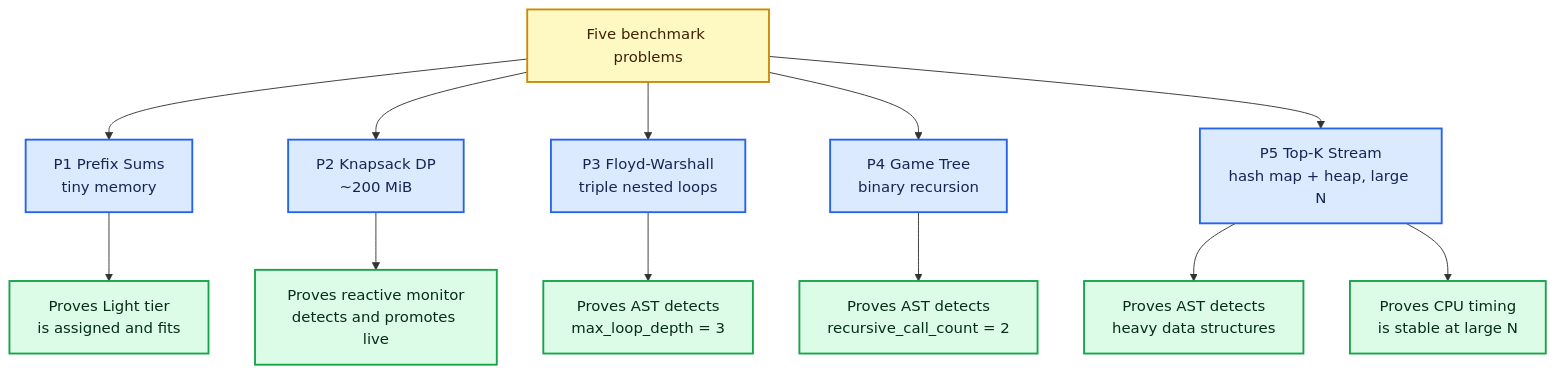
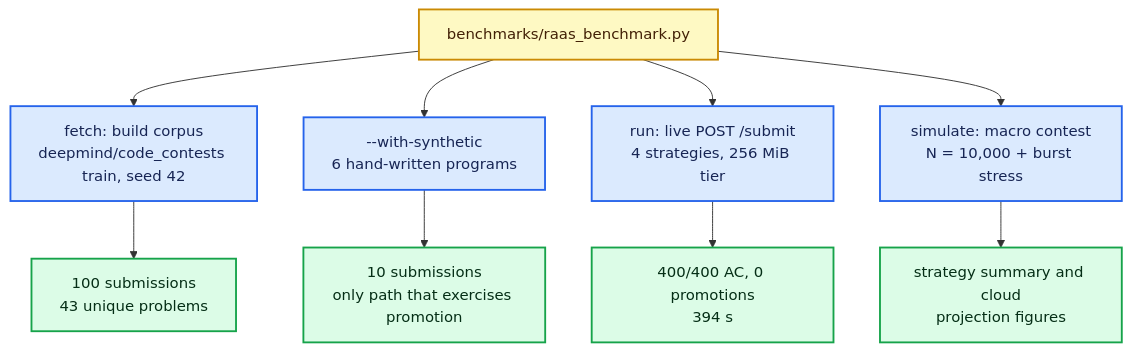
The diagram in docs/BENCHMARK_SUITE.md (Dhanush-M-1/RAAS-OCJS-1), drawn with Mermaid before and after one commit. The commit also changed other lines of this file and 11 other files, not shown here.

````diff
--- a/docs/BENCHMARK_SUITE.md
+++ b/docs/BENCHMARK_SUITE.md
@@ -9,21 +17,18 @@
 ```mermaid
 flowchart TD
-    S["Five benchmark problems"]:::start
+    S["benchmarks/raas_benchmark.py"]:::start
 
-    S --> P1["P1 Prefix Sums<br/>tiny memory"]:::benchmark
-    S --> P2["P2 Knapsack DP<br/>~200 MiB"]:::benchmark
-    S --> P3["P3 Floyd-Warshall<br/>triple nested loops"]:::benchmark
-    S --> P4["P4 Game Tree<br/>binary recursion"]:::benchmark
-    S --> P5["P5 Top-K Stream<br/>hash map + heap, large N"]:::benchmark
+    S --> C["fetch: build corpus<br/>deepmind/code_contests train, seed 42"]:::step
+    S --> Y["--with-synthetic<br/>6 hand-written programs"]:::step
+    S --> R["run: live POST /submit<br/>4 strategies, 256 MiB tier"]:::step
+    S --> M["simulate: macro contest<br/>N = 10,000 + burst stress"]:::step
 
-    P1 --> A["Proves Light tier<br/>is assigned and fits"]:::result
-    P2 --> B["Proves reactive monitor<br/>detects and promotes live"]:::result
-    P3 --> C["Proves AST detects<br/>max_loop_depth = 3"]:::result
-    P4 --> D["Proves AST detects<br/>recursive_call_count = 2"]:::result
-    P5 --> E["Proves AST detects<br/>heavy data structures"]:::result
-    P5 --> F["Proves CPU timing<br/>is stable at large N"]:::result
+    C --> A["100 submissions<br/>43 unique problems"]:::result
+    Y --> B["10 submissions<br/>only path that exercises promotion"]:::result
+    R --> D["400/400 AC, 0 promotions<br/>394 s"]:::result
+    M --> E["strategy summary and cloud<br/>projection figures"]:::result
 
-    classDef benchmark fill:#dbeafe,stroke:#2563eb,stroke-width:2px,color:#172554
+    classDef step fill:#dbeafe,stroke:#2563eb,stroke-width:2px,color:#172554
     classDef result fill:#dcfce7,stroke:#16a34a,stroke-width:2px,color:#052e16
     classDef start fill:#fef9c3,stroke:#ca8a04,stroke-width:2px,color:#422006
 ```
````
